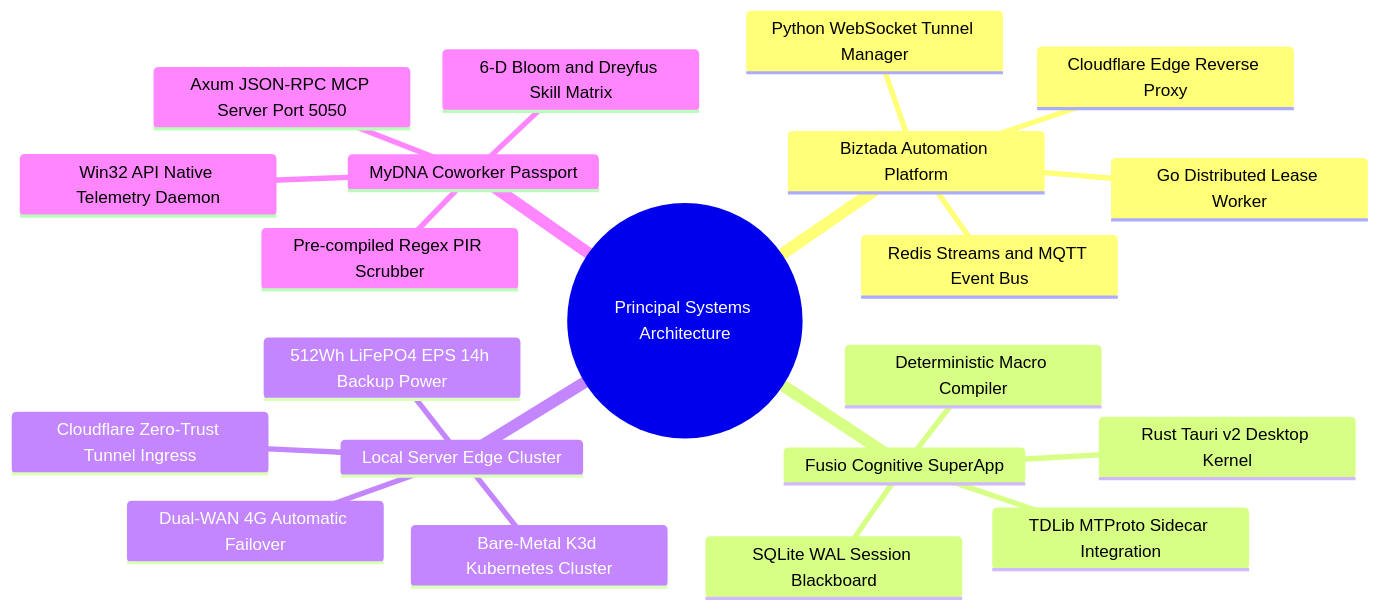
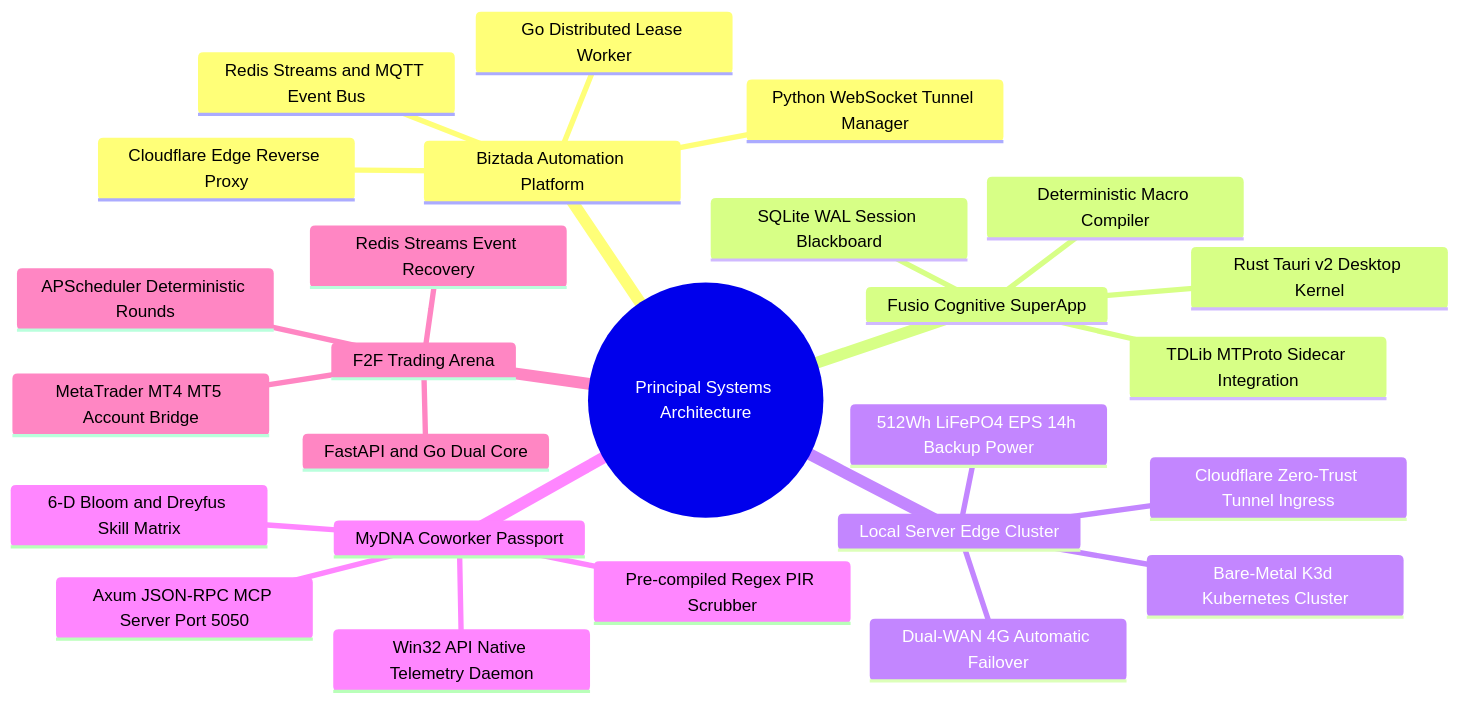
Before and after one commit to DrLucifer1810/system-architecture-case-studies: the diagram in PROFILE.md, drawn with Mermaid. The commit also changed other lines of this file and 18 other files, not shown here.

Commit message:
feat(case-study): add F2F Trading Arena real-time tournament and matchmaking engine

````diff
--- a/PROFILE.md
+++ b/PROFILE.md
@@ -56,24 +56,29 @@
 ```mermaid
 mindmap
   root((Principal Systems Architecture))
     Biztada Automation Platform
       Go Distributed Lease Worker
       Python WebSocket Tunnel Manager
       Cloudflare Edge Reverse Proxy
       Redis Streams and MQTT Event Bus
     Fusio Cognitive SuperApp
       Rust Tauri v2 Desktop Kernel
       SQLite WAL Session Blackboard
       Deterministic Macro Compiler
       TDLib MTProto Sidecar Integration
     Local Server Edge Cluster
       Bare-Metal K3d Kubernetes Cluster
       Cloudflare Zero-Trust Tunnel Ingress
       Dual-WAN 4G Automatic Failover
       512Wh LiFePO4 EPS 14h Backup Power
     MyDNA Coworker Passport
       Win32 API Native Telemetry Daemon
       Pre-compiled Regex PIR Scrubber
       Axum JSON-RPC MCP Server Port 5050
       6-D Bloom and Dreyfus Skill Matrix
+    F2F Trading Arena
+      FastAPI and Go Dual Core
+      Redis Streams Event Recovery
+      APScheduler Deterministic Rounds
+      MetaTrader MT4 MT5 Account Bridge
 ```
````
